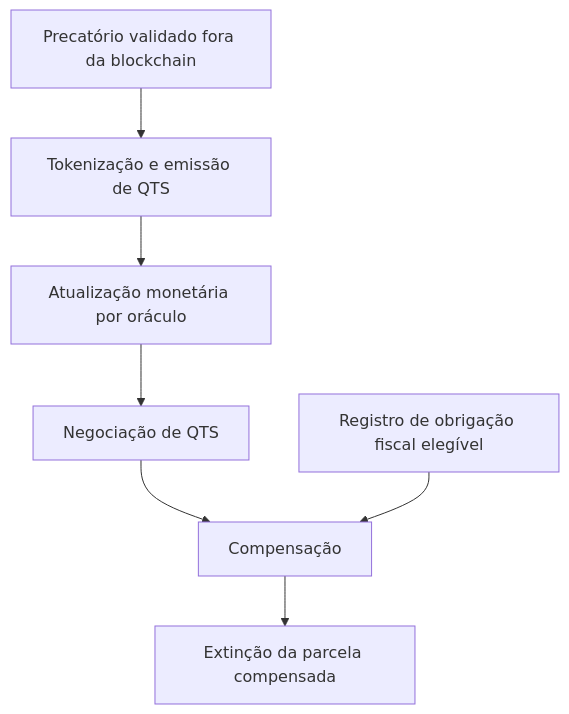
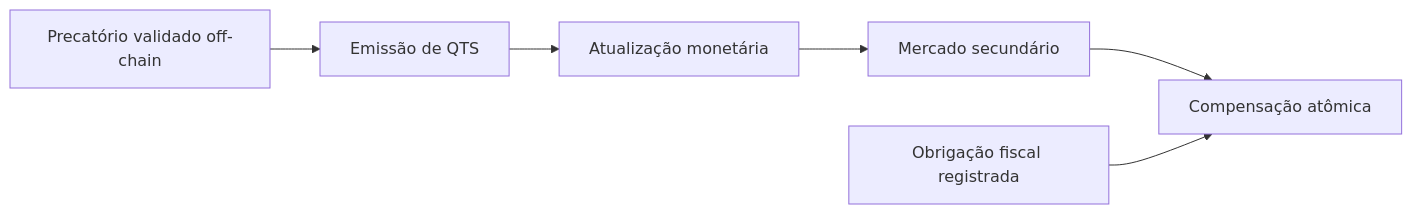
Before and after one commit to Victor-droid165/blockchain: the diagram in Lab4/docs/modelo-solucao.md, drawn with Mermaid. The commit also changed other lines of this file and 64 other files, not shown here.

````diff
--- a/Lab4/docs/modelo-solucao.md
+++ b/Lab4/docs/modelo-solucao.md
@@ -128,14 +9,12 @@
 ```mermaid
-flowchart TD
-    P[Precatório validado fora da blockchain]
-    Q[Tokenização e emissão de QTS]
-    U[Atualização monetária por oráculo]
-    M[Negociação de QTS]
-    D[Registro de obrigação fiscal elegível]
-    C[Compensação]
-    E[Extinção da parcela compensada]
+flowchart LR
+    P[Precatório validado off-chain]
+    Q[Emissão de QTS]
+    U[Atualização monetária]
+    M[Mercado secundário]
+    D[Obrigação fiscal registrada]
+    C[Compensação atômica]
 
     P --> Q --> U --> M --> C
     D --> C
-    C --> E
 ```
````
